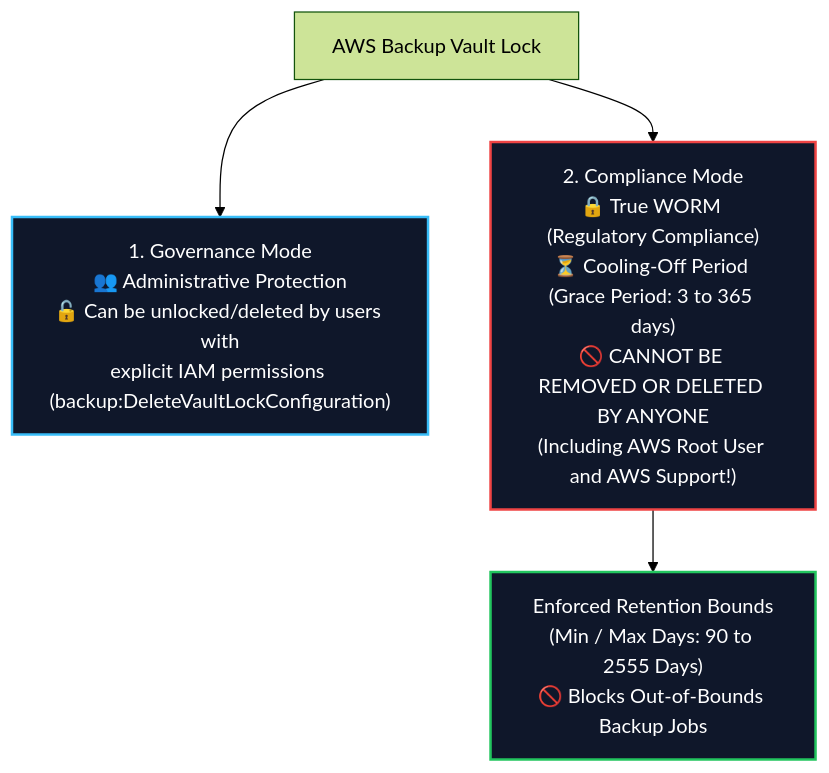
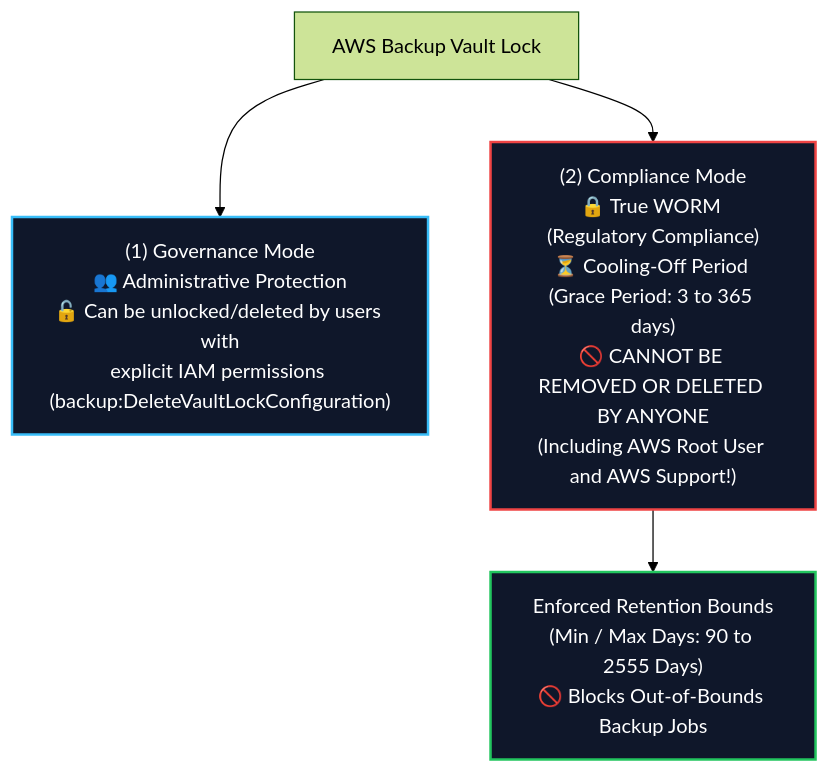
The third of 6 diagrams in content/02-services/security-governance/aws-backup.md (Wathon/aws-dea-c01-note), drawn with Mermaid (forest theme) before and after one commit. The commit also changed other lines of this file and 19 other files, not shown here.

Commit message:
fix(mermaid): resolve 'Unsupported markdown: list' rendering issues across all diagram node and edge labels

````diff
--- a/content/02-services/security-governance/aws-backup.md
+++ b/content/02-services/security-governance/aws-backup.md
@@ -125,15 +125,15 @@
 ```mermaid
 graph TD
-    VaultLock["AWS Backup Vault Lock"] --> GovMode["1. Governance Mode<br/>👥 Administrative Protection<br/>🔓 Can be unlocked/deleted by users with<br/>explicit IAM permissions (backup:DeleteVaultLockConfiguration)"]
-    VaultLock --> CompMode["2. Compliance Mode<br/>🔒 True WORM (Regulatory Compliance)<br/>⏳ Cooling-Off Period (Grace Period: 3 to 365 days)<br/>🚫 CANNOT BE REMOVED OR DELETED BY ANYONE<br/>(Including AWS Root User and AWS Support!)"]
+    VaultLock["AWS Backup Vault Lock"] --> GovMode["(1) Governance Mode<br/>👥 Administrative Protection<br/>🔓 Can be unlocked/deleted by users with<br/>explicit IAM permissions (backup:DeleteVaultLockConfiguration)"]
+    VaultLock --> CompMode["(2) Compliance Mode<br/>🔒 True WORM (Regulatory Compliance)<br/>⏳ Cooling-Off Period (Grace Period: 3 to 365 days)<br/>🚫 CANNOT BE REMOVED OR DELETED BY ANYONE<br/>(Including AWS Root User and AWS Support!)"]
 
     CompMode --> RetentionEnforce["Enforced Retention Bounds<br/>(Min / Max Days: 90 to 2555 Days)<br/>🚫 Blocks Out-of-Bounds Backup Jobs"]
 
     classDef mode fill:#0f172a,stroke:#38bdf8,stroke-width:2px,color:#fff;
     classDef comp fill:#0f172a,stroke:#ef4444,stroke-width:2px,color:#fff;
     classDef rule fill:#0f172a,stroke:#22c55e,stroke-width:2px,color:#fff;
 
     class GovMode mode;
     class CompMode comp;
     class RetentionEnforce rule;
 ```
````
